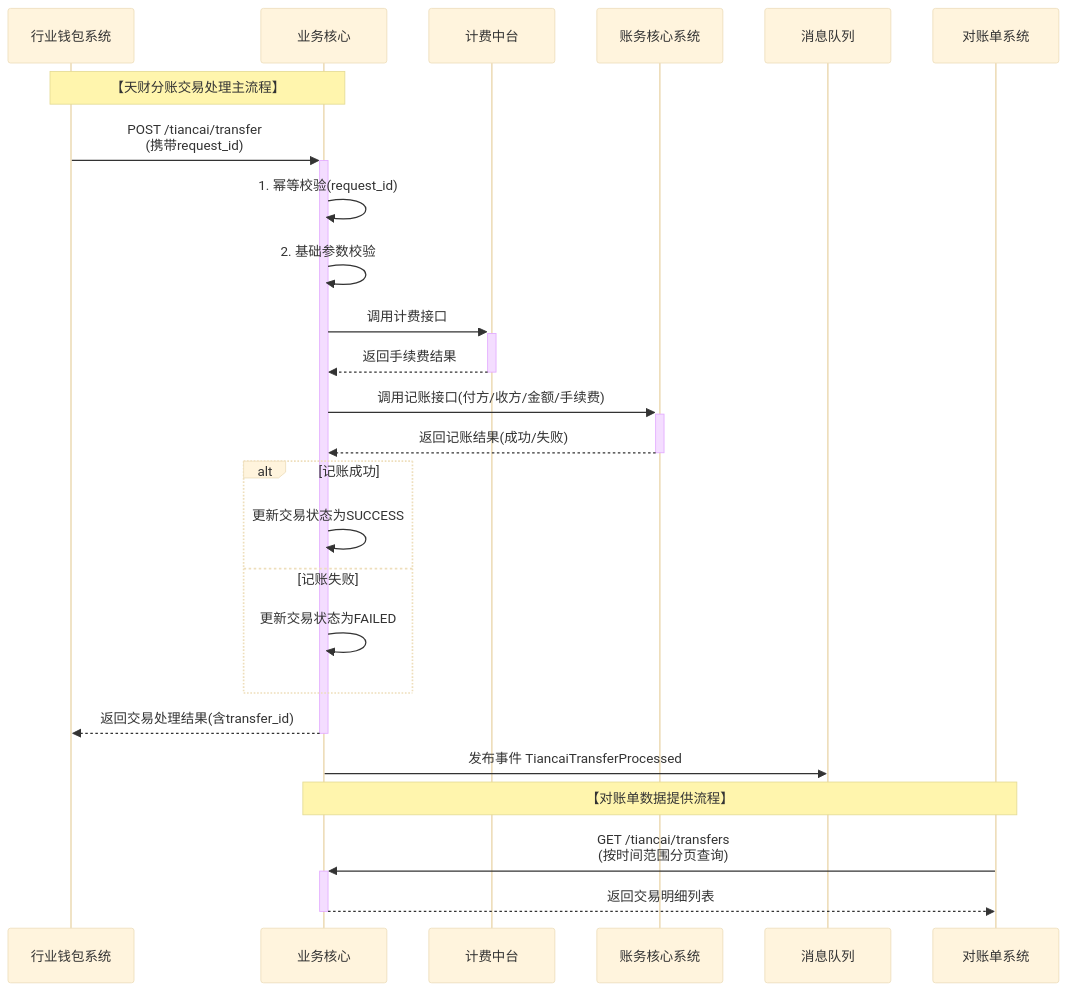
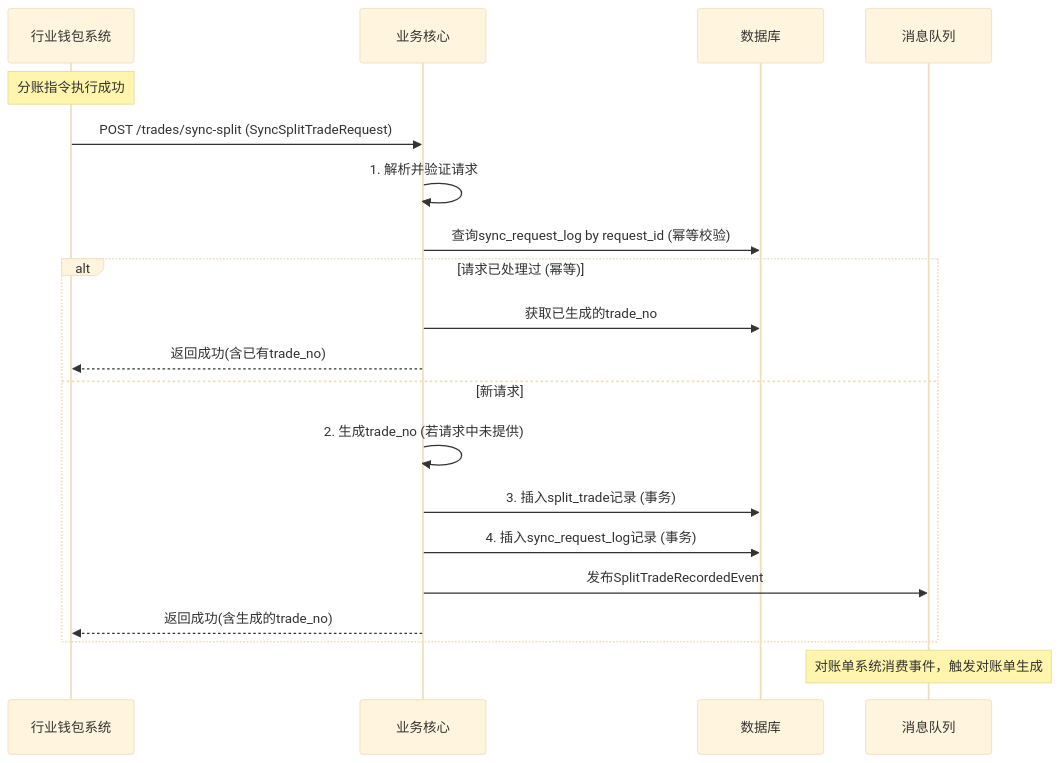
One commit to youzi211/AiCoding changed the first of 2 diagrams in data/天财分账需求/gpt-5.2/workspace/02_modules/module_业务核心.md. Above: the diagram before and after it, drawn with Mermaid (base theme). The commit also changed other lines of this file and 29 other files, not shown here.

````diff
--- a/data/天财分账需求/gpt-5.2/workspace/02_modules/module_业务核心.md
+++ b/data/天财分账需求/gpt-5.2/workspace/02_modules/module_业务核心.md
@@ -260,29 +256,23 @@
 ```mermaid
 sequenceDiagram
-    participant Wallet as 行业钱包系统
-    participant Core as 业务核心
-    participant Fee as 计费中台
-    participant AcctCore as 账务核心系统
+    participant W as 行业钱包系统
+    participant BC as 业务核心
+    participant DB as 数据库
     participant MQ as 消息队列
-    participant Statement as 对账单系统
 
-    Note over Wallet, Core: 【天财分账交易处理主流程】
-    Wallet->>+Core: POST /tiancai/transfer<br/>(携带request_id)
-    Core->>Core: 1. 幂等校验(request_id)
-    Core->>Core: 2. 基础参数校验
-    Core->>+Fee: 调用计费接口
-    Fee-->>-Core: 返回手续费结果
-    Core->>+AcctCore: 调用记账接口(付方/收方/金额/手续费)
-    AcctCore-->>-Core: 返回记账结果(成功/失败)
-    alt 记账成功
-        Core->>Core: 更新交易状态为SUCCESS
-    else 记账失败
-        Core->>Core: 更新交易状态为FAILED
+    Note over W: 分账指令执行成功
+    W->>BC: POST /trades/sync-split (SyncSplitTradeRequest)
+    BC->>BC: 1. 解析并验证请求
+    BC->>DB: 查询sync_request_log by request_id (幂等校验)
+    alt 请求已处理过 (幂等)
+        BC->>DB: 获取已生成的trade_no
+        BC-->>W: 返回成功(含已有trade_no)
+    else 新请求
+        BC->>BC: 2. 生成trade_no (若请求中未提供)
+        BC->>DB: 3. 插入split_trade记录 (事务)
+        BC->>DB: 4. 插入sync_request_log记录 (事务)
+        BC->>MQ: 发布SplitTradeRecordedEvent
+        BC-->>W: 返回成功(含生成的trade_no)
     end
-    Core-->>-Wallet: 返回交易处理结果(含transfer_id)
-    Core->>MQ: 发布事件 TiancaiTransferProcessed
-
-    Note over Core, Statement: 【对账单数据提供流程】
-    Statement->>+Core: GET /tiancai/transfers<br/>(按时间范围分页查询)
-    Core-->>-Statement: 返回交易明细列表
+    Note over MQ: 对账单系统消费事件，触发对账单生成
 ```
````
